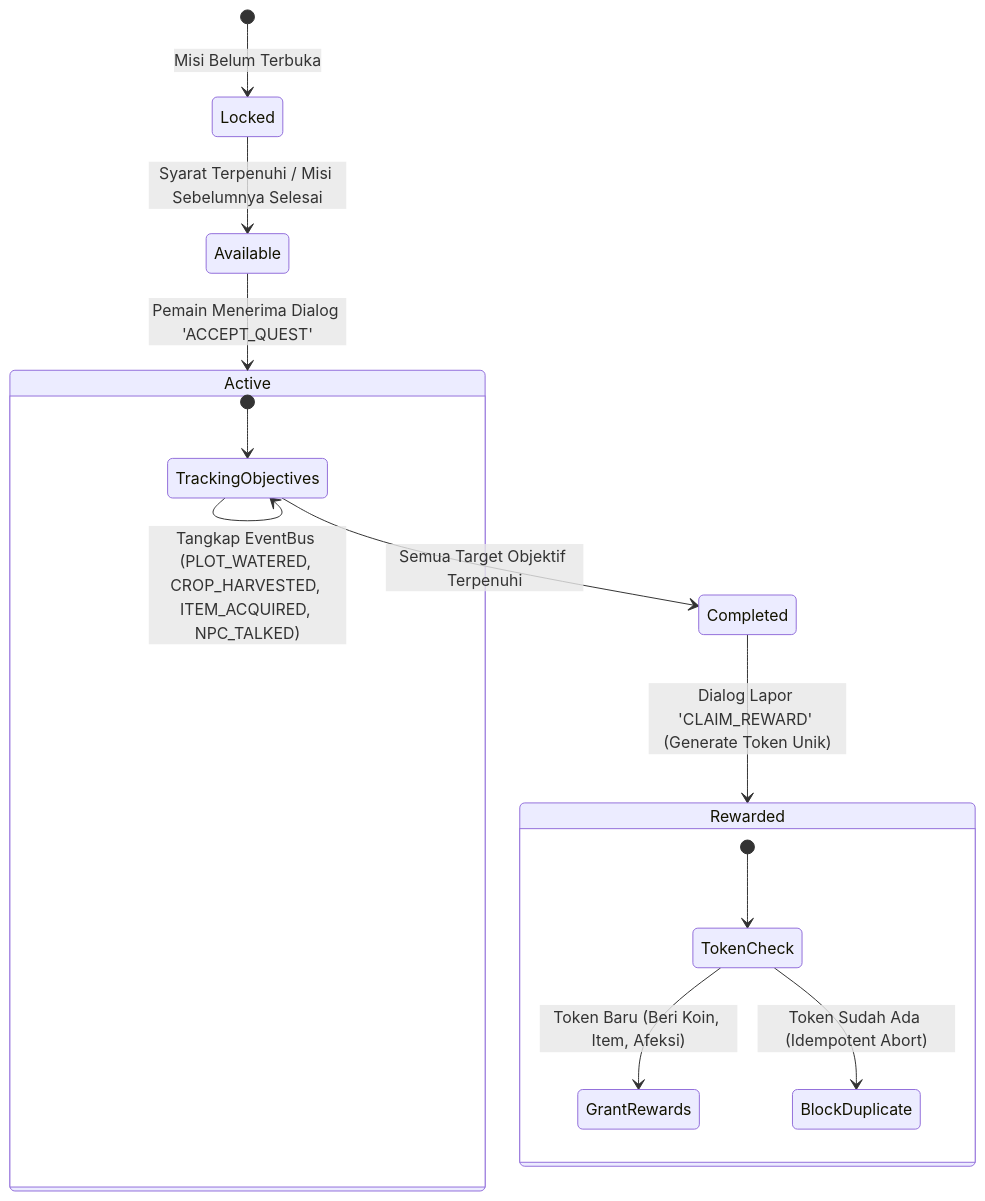
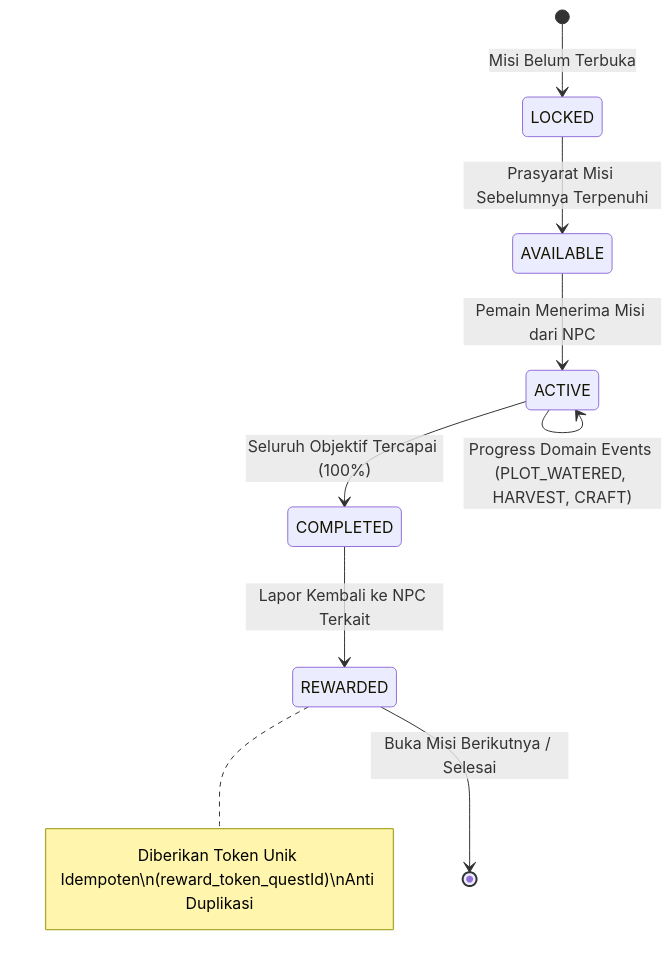
The sixth of 6 diagrams in docs/specs.md (tamaproject360/season-of-home), drawn with Mermaid before and after one commit. The commit also changed other lines of this file and 66 other files, not shown here.

````diff
--- a/docs/specs.md
+++ b/docs/specs.md
@@ -286,22 +399,14 @@
 ```mermaid
 stateDiagram-v2
-    [*] --> Locked: Misi Belum Terbuka
-    Locked --> Available: Syarat Terpenuhi / Misi Sebelumnya Selesai
+    [*] --> LOCKED: Misi Belum Terbuka
+    LOCKED --> AVAILABLE: Prasyarat Misi Sebelumnya Terpenuhi
+    AVAILABLE --> ACTIVE: Pemain Menerima Misi dari NPC
     
-    Available --> Active: Pemain Menerima Dialog 'ACCEPT_QUEST'
+    ACTIVE --> ACTIVE: Progress Domain Events (PLOT_WATERED, HARVEST, CRAFT)
+    ACTIVE --> COMPLETED: Seluruh Objektif Tercapai (100%)
     
-    state Active {
-        [*] --> TrackingObjectives
-        TrackingObjectives --> TrackingObjectives: Tangkap EventBus (PLOT_WATERED, CROP_HARVESTED, ITEM_ACQUIRED, NPC_TALKED)
-    }
-
-    TrackingObjectives --> Completed: Semua Target Objektif Terpenuhi
+    COMPLETED --> REWARDED: Lapor Kembali ke NPC Terkait
+    note right of REWARDED: Diberikan Token Unik Idempoten\n(reward_token_questId)\nAnti Duplikasi
     
-    Completed --> Rewarded: Dialog Lapor 'CLAIM_REWARD' (Generate Token Unik)
-    
-    state Rewarded {
-        [*] --> TokenCheck
-        TokenCheck --> GrantRewards: Token Baru (Beri Koin, Item, Afeksi)
-        TokenCheck --> BlockDuplicate: Token Sudah Ada (Idempotent Abort)
-    }
+    REWARDED --> [*]: Buka Misi Berikutnya / Selesai
 ```
````
